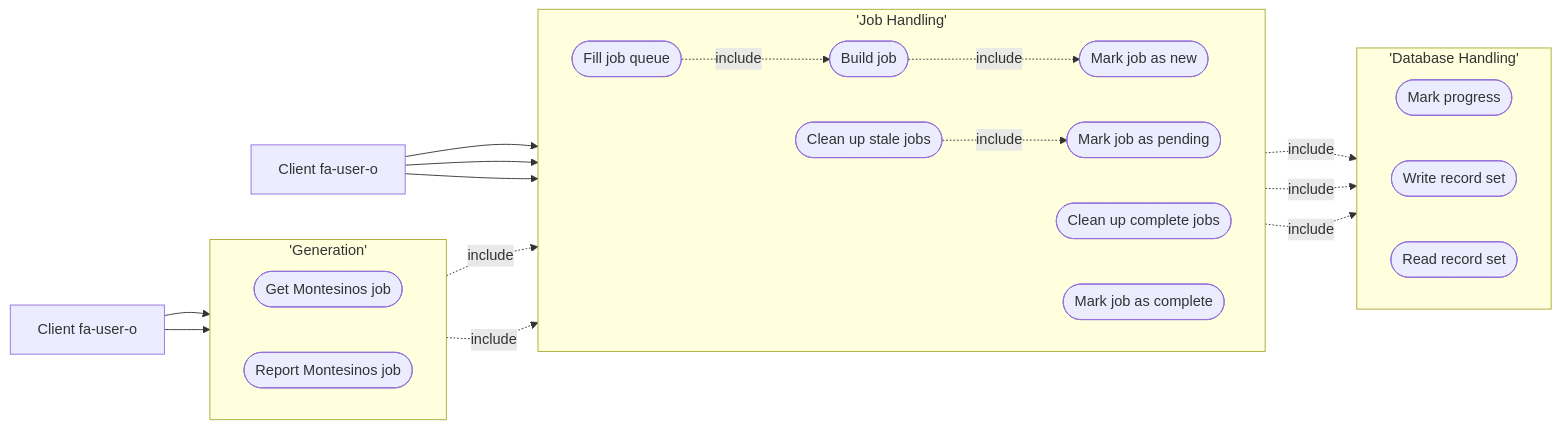
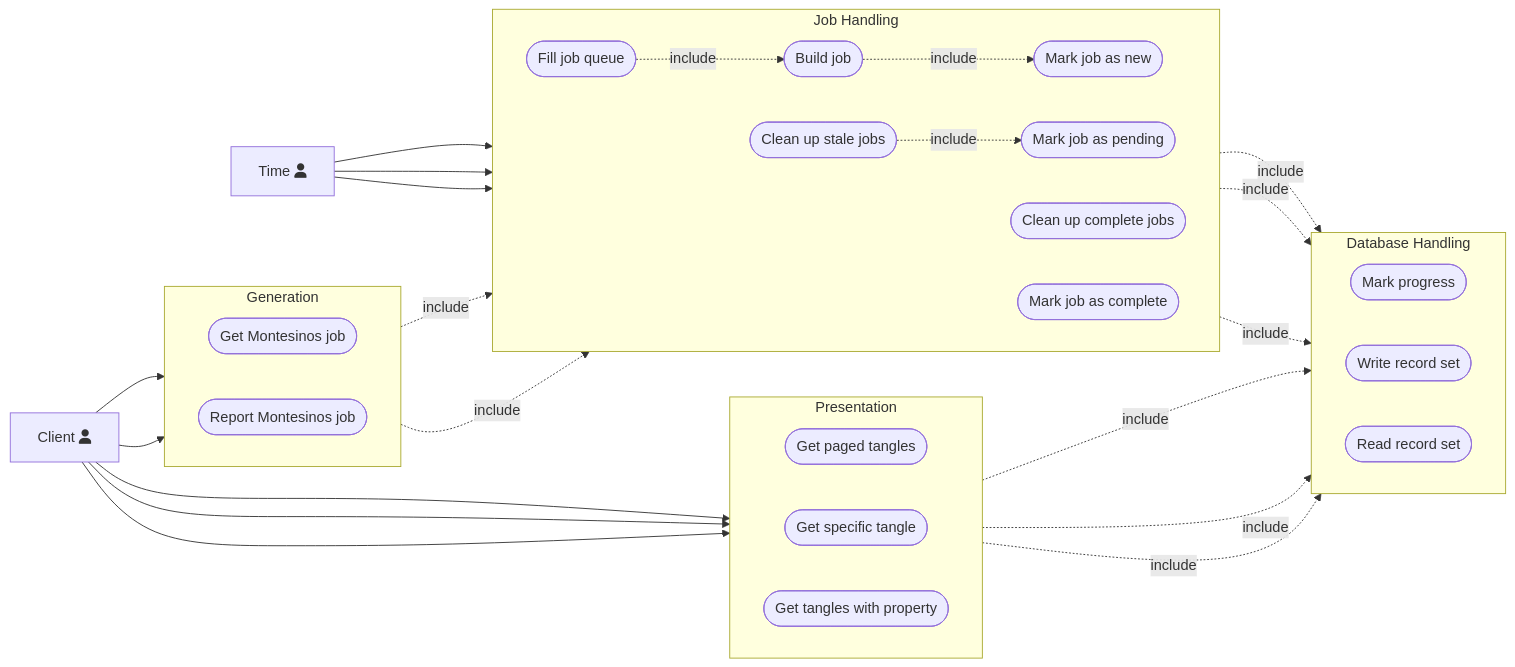
Before and after one commit to Uiowa-Applied-Topology/web_API: the first of 2 diagrams in README.md, drawn with Mermaid. The commit also changed other lines of this file and 58 other files, not shown here.

````diff
--- a/README.md
+++ b/README.md
@@ -55,45 +64,52 @@
 ```mermaid
 
 flowchart LR
-    subgraph 'Generation'
+    subgraph Generation
         direction LR
         G1([Get Montesinos job])
         G2([Report Montesinos job])
     end
-    subgraph 'Job Handling'
+    subgraph Presentation
+        direction LR
+        PL1([Get paged tangles])
+        PL2([Get specific tangle])
+        PL3([Get tangles with property])
+    end
+
+    subgraph Job Handling
         direction LR
         JH1([Build job])
-        JH2([Clean up stale jobs   ])
+        JH2([Clean up stale jobs])
         JH3([Clean up complete jobs])
-        JH4([Mark job as complete  ])
-        JH5([Mark job as new       ])
-        JH6([Mark job as pending   ])
-        JH7([Fill job queue        ])
+        JH4([Mark job as complete])
+        JH5([Mark job as new])
+        JH6([Mark job as pending])
+        JH7([Fill job queue])
     end
-    subgraph 'Database Handling'
+    subgraph Database Handling
         direction LR
-        DH1([Mark progress   ])
+        DH1([Mark progress])
         DH2([Write record set])
-        DH3([Read record set ])
+        DH3([Read record set])
     end
 
-    client["Client fa-user-o"]
-    time["Client fa-user-o"]
-
-
+    client["Client fa:fa-user"]
+    time["Time fa:fa-user"]
     client --> G1
     client --> G2
     time --> JH2
     time --> JH3
     time --> JH7
-
     JH1 -. include .-> JH5
     JH2 -. include .-> JH6
     JH7 -. include .-> JH1
     JH1 -. include .-> DH3
     JH3 -. include .-> DH1
     JH3 -. include .-> DH2
-    G1  -. include .-> JH6
-    G2  -. include .-> JH4
+    G1 -. include .-> JH6
+    G2 -. include .-> JH4
+    client --> PL1 -. include .-> DH3
+    client --> PL2 -. include .-> DH3
+    client --> PL3 -. include .-> DH3
 
 ```
````
